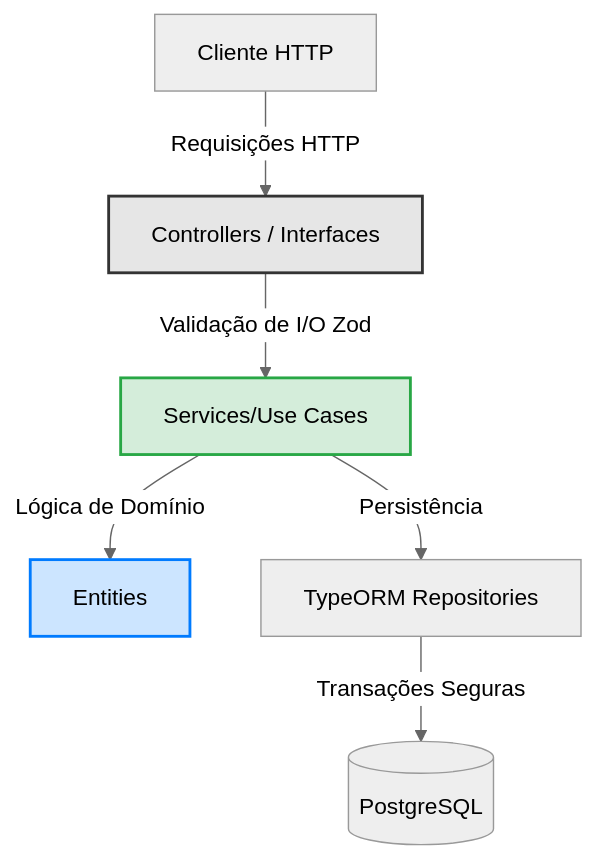
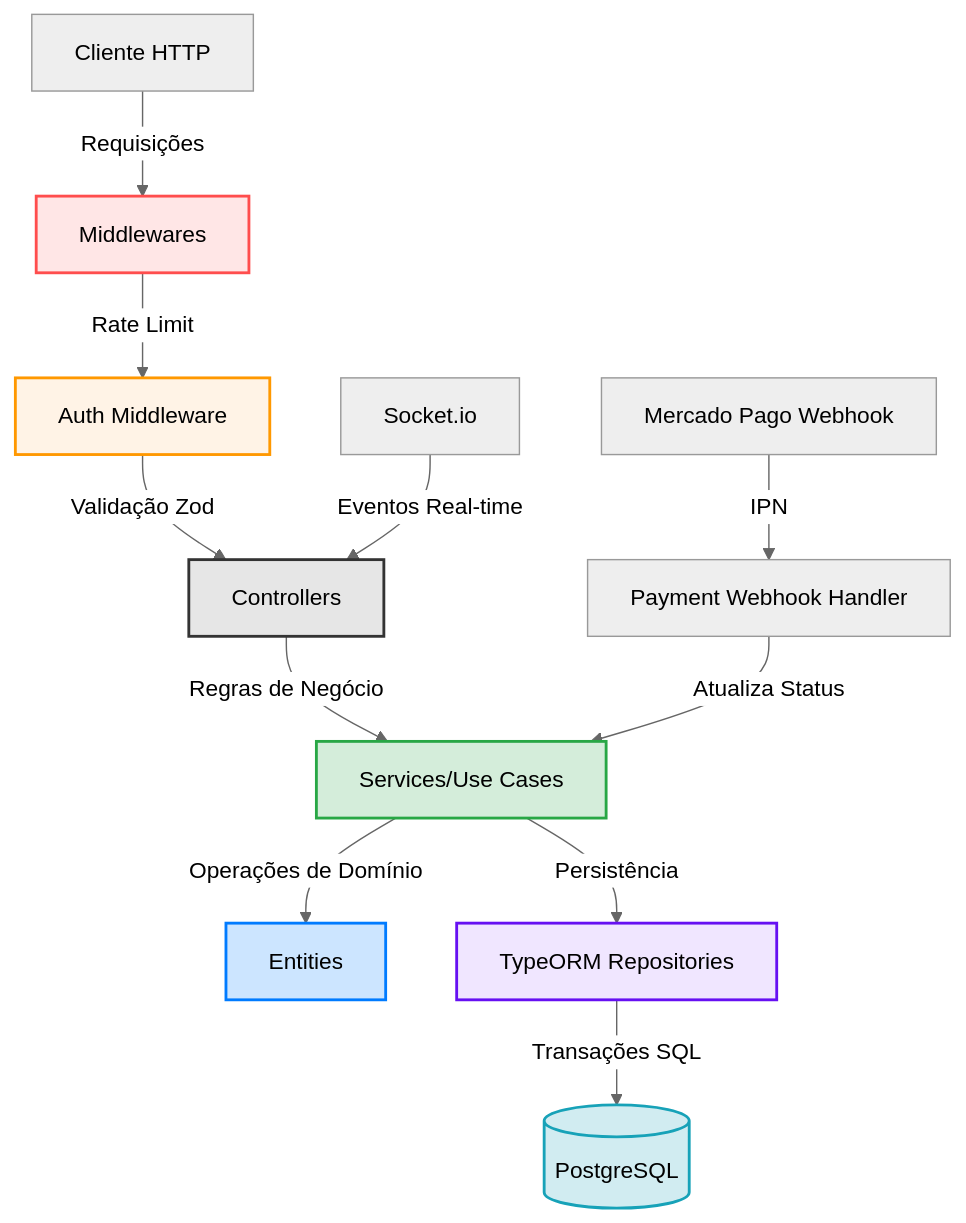
The diagram in README.md (andsantosx/order-api), drawn with Mermaid (neutral theme) before and after one commit. The commit also changed other lines of this file, not shown here.

````diff
--- a/README.md
+++ b/README.md
@@ -56,12 +60,23 @@
 ```mermaid
 graph TD
-    A[Cliente HTTP] -->|Requisições HTTP| B[Controllers / Interfaces]
-    B -->|Validação de I/O Zod| C[Services/Use Cases]
-    C -->|Lógica de Domínio| D[Entities]
-    C -->|Persistência| E[TypeORM Repositories]
-    E -->|Transações Seguras| F[(PostgreSQL)]
+    A[Cliente HTTP] -->|Requisições| B[Middlewares]
+    B -->|Rate Limit| C[Auth Middleware]
+    C -->|Validação Zod| D[Controllers]
+    D -->|Regras de Negócio| E[Services/Use Cases]
+    E -->|Operações de Domínio| F[Entities]
+    E -->|Persistência| G[TypeORM Repositories]
+    G -->|Transações SQL| H[(PostgreSQL)]
     
-    style B fill:#e6e6e6,stroke:#333,stroke-width:2px,color:#000
-    style C fill:#d4edda,stroke:#28a745,stroke-width:2px,color:#000
-    style D fill:#cce5ff,stroke:#007bff,stroke-width:2px,color:#000
+    I[Mercado Pago Webhook] -->|IPN| J[Payment Webhook Handler]
+    J -->|Atualiza Status| E
+    
+    K[Socket.io] -->|Eventos Real-time| D
+    
+    style B fill:#ffe6e6,stroke:#ff4d4d,stroke-width:2px,color:#000
+    style C fill:#fff3e6,stroke:#ff9800,stroke-width:2px,color:#000
+    style D fill:#e6e6e6,stroke:#333,stroke-width:2px,color:#000
+    style E fill:#d4edda,stroke:#28a745,stroke-width:2px,color:#000
+    style F fill:#cce5ff,stroke:#007bff,stroke-width:2px,color:#000
+    style G fill:#f0e6ff,stroke:#6610f2,stroke-width:2px,color:#000
+    style H fill:#d1ecf1,stroke:#17a2b8,stroke-width:2px,color:#000
 ```
````
